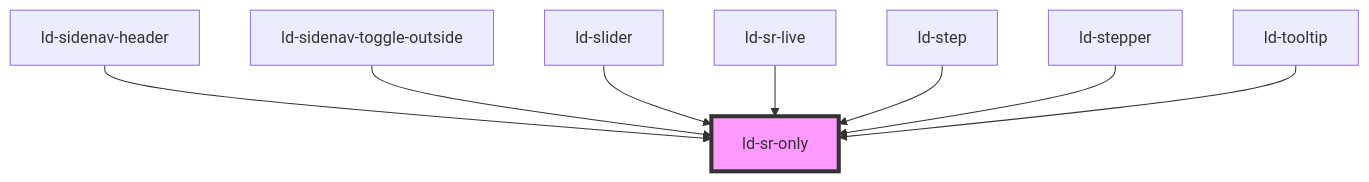
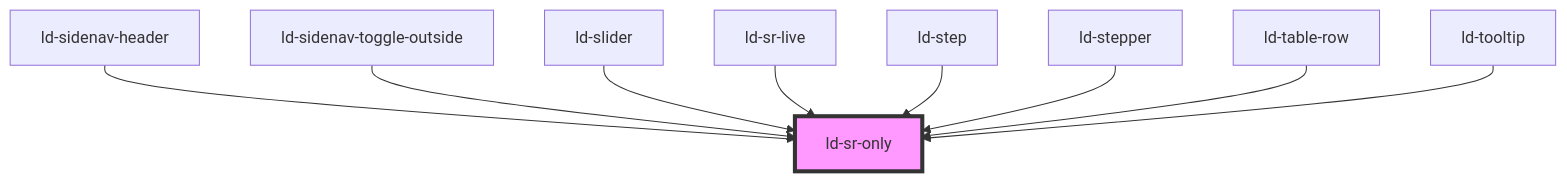
One commit to emdgroup-liquid/liquid changed the diagram in src/liquid/components/ld-sr-only/readme.md. Above: the diagram before and after it, drawn with Mermaid. The commit also changed other lines of this file and 56 other files, not shown here.

````diff
--- a/src/liquid/components/ld-sr-only/readme.md
+++ b/src/liquid/components/ld-sr-only/readme.md
@@ -55,11 +56,12 @@
 ```mermaid
 graph TD;
   ld-sidenav-header --> ld-sr-only
   ld-sidenav-toggle-outside --> ld-sr-only
   ld-slider --> ld-sr-only
   ld-sr-live --> ld-sr-only
   ld-step --> ld-sr-only
   ld-stepper --> ld-sr-only
+  ld-table-row --> ld-sr-only
   ld-tooltip --> ld-sr-only
   style ld-sr-only fill:#f9f,stroke:#333,stroke-width:4px
 ```
````
